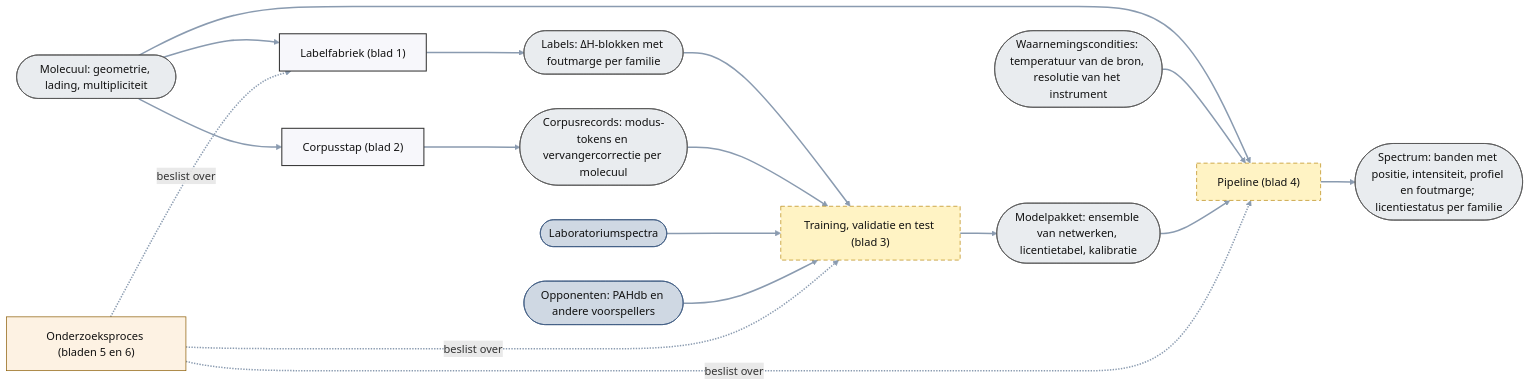
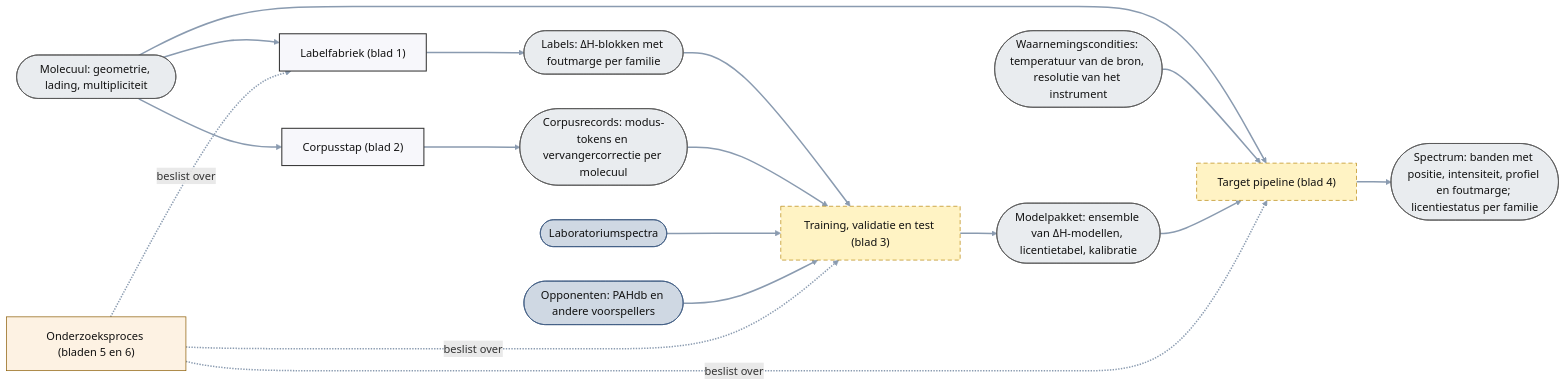
Before and after one commit to thebreadishard/udacity-capstone-plan: the diagram in plans/05_delta-probed-ir-pipeline/GoalGathering/architecture/00_overzicht.mmd, drawn with Mermaid. The commit also changed 4 other files, not shown here.

```diff
--- a/plans/05_delta-probed-ir-pipeline/GoalGathering/architecture/00_overzicht.mmd
+++ b/plans/05_delta-probed-ir-pipeline/GoalGathering/architecture/00_overzicht.mmd
@@ -1,39 +1,39 @@
 %% Overzicht plan 05 (niveau 1): vier soorten proces en de data-objecten die ze verbinden. Doelarchitectuur; geen besluiten, geen data.
 %% Rechthoek = proces (hier: een heel blad); ronde uiteinden = data-object; pijl = datastroom. Gestippeld = nog niet gebouwd.
 flowchart LR
   linkStyle default stroke:#8a9bb0,stroke-width:2.2px
   classDef planned stroke-dasharray: 6 4,stroke:#b8860b,fill:#fff3c4,color:#111
   classDef ext fill:#cfd8e3,stroke:#3d5a80,color:#111
   classDef data fill:#e9ecef,stroke:#555,color:#111
   classDef proc fill:#f7f7fb,stroke:#333,stroke-width:1.5px,color:#111
   classDef research fill:#fdf2e3,stroke:#8a5a00,color:#111
 
   MOL(["Molecuul: geometrie, lading, multipliciteit"]):::data
   COND(["Waarnemingscondities: temperatuur van de bron, resolutie van het instrument"]):::data
   LABDB(["Laboratoriumspectra"]):::ext
   PAHDB(["Opponenten: PAHdb en andere voorspellers"]):::ext
 
   LABF["Labelfabriek (blad 1)"]:::proc
   LABELS(["Labels: ΔH-blokken met foutmarge per familie"]):::data
   CORPF["Corpusstap (blad 2)"]:::proc
   CORPUS(["Corpusrecords: modus-tokens en vervangercorrectie per molecuul"]):::data
   TRAIN["Training, validatie en test (blad 3)"]:::planned
-  MODEL(["Modelpakket: ensemble van netwerken, licentietabel, kalibratie"]):::data
-  PIPE["Pipeline (blad 4)"]:::planned
+  MODEL(["Modelpakket: ensemble van ΔH-modellen, licentietabel, kalibratie"]):::data
+  PIPE["Target pipeline (blad 4)"]:::planned
   SPEC(["Spectrum: banden met positie, intensiteit, profiel en foutmarge; licentiestatus per familie"]):::data
   RES["Onderzoeksproces (bladen 5 en 6)"]:::research
 
   MOL --> LABF --> LABELS
   MOL --> CORPF --> CORPUS
   LABELS --> TRAIN
   CORPUS --> TRAIN
   LABDB --> TRAIN
   PAHDB --> TRAIN
   TRAIN --> MODEL
   MOL --> PIPE
   COND --> PIPE
   MODEL --> PIPE
   PIPE --> SPEC
   RES -. beslist over .-> LABF
   RES -. beslist over .-> TRAIN
   RES -. beslist over .-> PIPE
```
